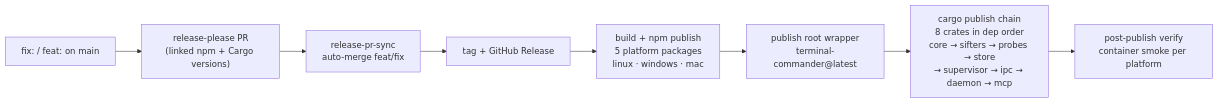
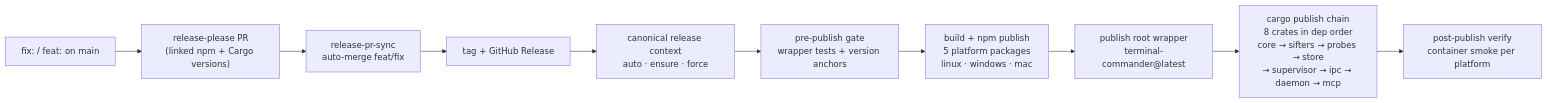
One commit to special-place-ai-heaven/terminal-commander changed the third of 3 diagrams in README.md. Above: the diagram before and after it, drawn with Mermaid. The commit also changed other lines of this file and 10 other files, not shown here.

````diff
--- a/README.md
+++ b/README.md
@@ -668,10 +668,12 @@
 ```mermaid
 flowchart LR
   Commit["fix: / feat: on main"] --> RP["release-please PR\n(linked npm + Cargo versions)"]
   RP --> Sync["release-pr-sync\nauto-merge feat/fix"]
   Sync --> Tag["tag + GitHub Release"]
-  Tag --> Plat["build + npm publish\n5 platform packages\nlinux · windows · mac"]
+  Tag --> Context["canonical release context\nauto · ensure · force"]
+  Context --> Gate["pre-publish gate\nwrapper tests + version anchors"]
+  Gate --> Plat["build + npm publish\n5 platform packages\nlinux · windows · mac"]
   Plat --> Root["publish root wrapper\nterminal-commander@latest"]
   Root --> Cargo["cargo publish chain\n8 crates in dep order\ncore → sifters → probes → store\n→ supervisor → ipc → daemon → mcp"]
   Cargo --> Verify["post-publish verify\ncontainer smoke per platform"]
 ```
````
